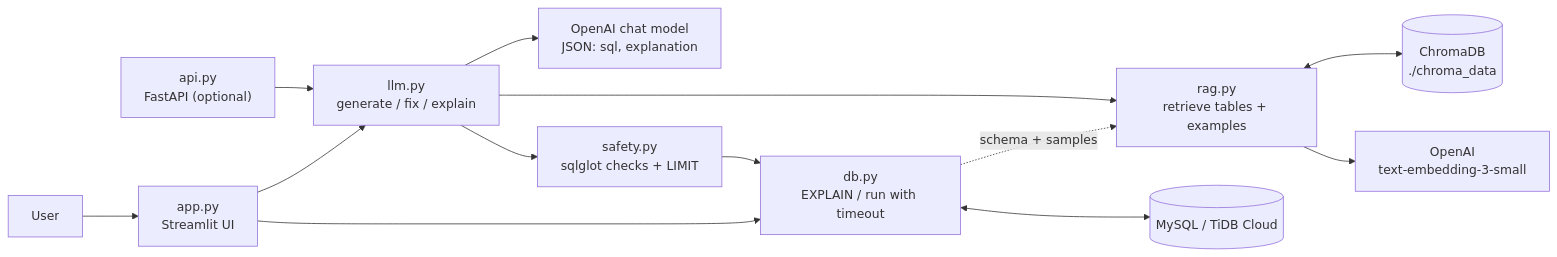
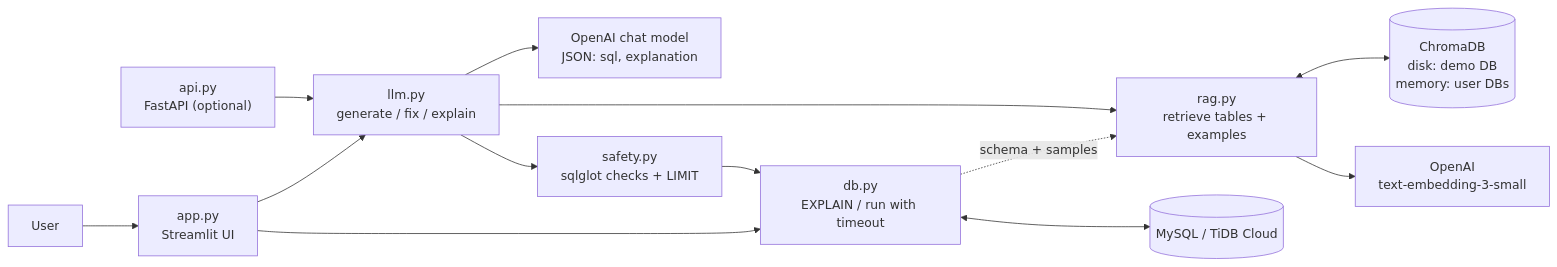
One commit to Arjav122/AI-Powered-SQL-Query-Generator-Executor- changed the diagram in README.md. Above: the diagram before and after it, drawn with Mermaid. The commit also changed other lines of this file and 4 other files, not shown here.

````diff
--- a/README.md
+++ b/README.md
@@ -26,15 +36,15 @@
 ```mermaid
 flowchart LR
     U[User] --> A["app.py<br/>Streamlit UI"]
     API["api.py<br/>FastAPI (optional)"] --> L
     A --> L["llm.py<br/>generate / fix / explain"]
     L --> R["rag.py<br/>retrieve tables + examples"]
-    R <--> C[("ChromaDB<br/>./chroma_data")]
+    R <--> C[("ChromaDB<br/>disk: demo DB<br/>memory: user DBs")]
     R --> E["OpenAI<br/>text-embedding-3-small"]
     L --> O["OpenAI chat model<br/>JSON: sql, explanation"]
     L --> S["safety.py<br/>sqlglot checks + LIMIT"]
     S --> D["db.py<br/>EXPLAIN / run with timeout"]
     A --> D
     D <--> M[("MySQL / TiDB Cloud")]
     D -. "schema + samples" .-> R
 ```
````
